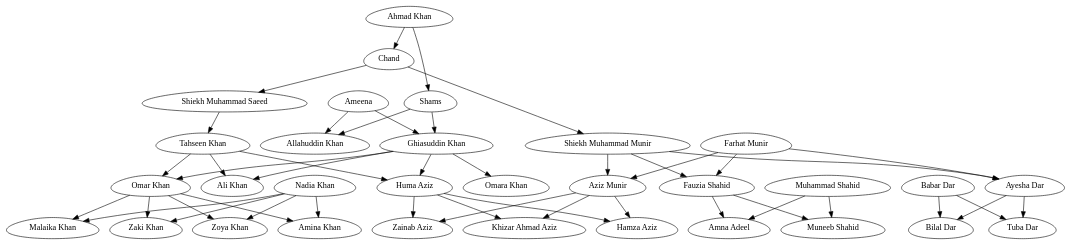
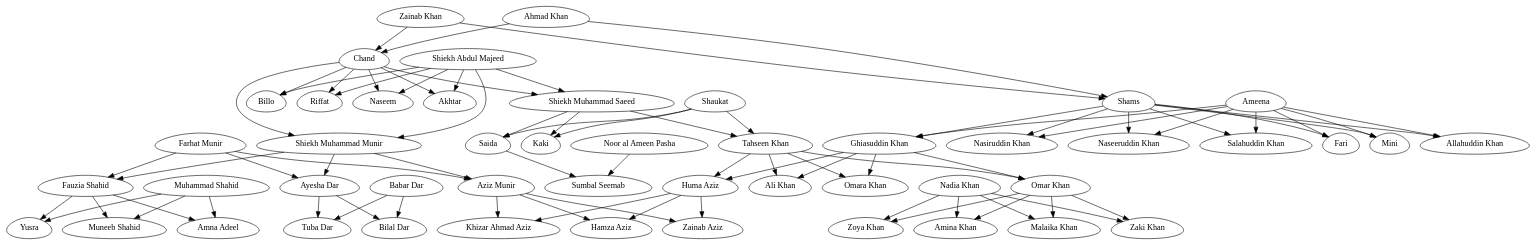
Before and after one commit to ha-0797/familyTree: the diagram in test-output/familyTree.gv, drawn with Graphviz. The commit also changed 8 other files, not shown here.

```diff
--- a/test-output/familyTree.gv
+++ b/test-output/familyTree.gv
@@ -1,109 +1,175 @@
 digraph "Family-Tree" {
 	node [shape=plaintext]
+	node [shape=egg]
+	Shaukat
+	Shaukat -> "Tahseen Khan"
+	Shaukat -> Kaki
+	Shaukat -> Saida
+	node [shape=egg]
+	"Shiekh Abdul Majeed"
+	"Shiekh Abdul Majeed" -> "Shiekh Muhammad Saeed"
+	"Shiekh Abdul Majeed" -> "Shiekh Muhammad Munir"
+	"Shiekh Abdul Majeed" -> Naseem
+	"Shiekh Abdul Majeed" -> Billo
+	"Shiekh Abdul Majeed" -> Akhtar
+	"Shiekh Abdul Majeed" -> Riffat
+	node [shape=egg]
+	"Zainab Khan"
+	"Zainab Khan" -> Shams
+	"Zainab Khan" -> Chand
 	node [shape=egg]
 	"Hamza Aziz"
 	node [shape=egg]
 	"Aziz Munir"
 	"Aziz Munir" -> "Hamza Aziz"
 	"Aziz Munir" -> "Zainab Aziz"
 	"Aziz Munir" -> "Khizar Ahmad Aziz"
 	node [shape=egg]
 	"Huma Aziz"
 	"Huma Aziz" -> "Hamza Aziz"
 	"Huma Aziz" -> "Zainab Aziz"
 	"Huma Aziz" -> "Khizar Ahmad Aziz"
 	node [shape=egg]
 	"Zainab Aziz"
 	node [shape=egg]
 	"Khizar Ahmad Aziz"
 	node [shape=egg]
 	"Ghiasuddin Khan"
 	"Ghiasuddin Khan" -> "Huma Aziz"
 	"Ghiasuddin Khan" -> "Omar Khan"
 	"Ghiasuddin Khan" -> "Ali Khan"
 	"Ghiasuddin Khan" -> "Omara Khan"
 	node [shape=egg]
 	"Shiekh Muhammad Munir"
 	"Shiekh Muhammad Munir" -> "Aziz Munir"
 	"Shiekh Muhammad Munir" -> "Fauzia Shahid"
 	"Shiekh Muhammad Munir" -> "Ayesha Dar"
 	node [shape=egg]
 	"Tahseen Khan"
 	"Tahseen Khan" -> "Huma Aziz"
 	"Tahseen Khan" -> "Omar Khan"
 	"Tahseen Khan" -> "Ali Khan"
+	"Tahseen Khan" -> "Omara Khan"
 	node [shape=egg]
 	"Omar Khan"
 	"Omar Khan" -> "Zoya Khan"
 	"Omar Khan" -> "Amina Khan"
 	"Omar Khan" -> "Malaika Khan"
 	"Omar Khan" -> "Zaki Khan"
 	node [shape=egg]
 	"Nadia Khan"
 	"Nadia Khan" -> "Zoya Khan"
 	"Nadia Khan" -> "Amina Khan"
 	"Nadia Khan" -> "Malaika Khan"
 	"Nadia Khan" -> "Zaki Khan"
 	node [shape=egg]
 	"Zoya Khan"
 	node [shape=egg]
 	"Amina Khan"
 	node [shape=egg]
 	"Malaika Khan"
 	node [shape=egg]
 	"Zaki Khan"
 	node [shape=egg]
 	"Ali Khan"
 	node [shape=egg]
 	"Omara Khan"
 	node [shape=egg]
 	"Shiekh Muhammad Saeed"
 	"Shiekh Muhammad Saeed" -> "Tahseen Khan"
+	"Shiekh Muhammad Saeed" -> Kaki
+	"Shiekh Muhammad Saeed" -> Saida
 	node [shape=egg]
 	Chand
 	Chand -> "Shiekh Muhammad Munir"
 	Chand -> "Shiekh Muhammad Saeed"
+	Chand -> Naseem
+	Chand -> Billo
+	Chand -> Akhtar
+	Chand -> Riffat
 	node [shape=egg]
 	Shams
 	Shams -> "Ghiasuddin Khan"
 	Shams -> "Allahuddin Khan"
+	Shams -> "Nasiruddin Khan"
+	Shams -> "Naseeruddin Khan"
+	Shams -> "Salahuddin Khan"
+	Shams -> Fari
+	Shams -> Mini
 	node [shape=egg]
 	"Ahmad Khan"
 	"Ahmad Khan" -> Shams
 	"Ahmad Khan" -> Chand
 	node [shape=egg]
 	"Farhat Munir"
 	"Farhat Munir" -> "Aziz Munir"
 	"Farhat Munir" -> "Fauzia Shahid"
 	"Farhat Munir" -> "Ayesha Dar"
 	node [shape=egg]
 	"Fauzia Shahid"
 	"Fauzia Shahid" -> "Muneeb Shahid"
 	"Fauzia Shahid" -> "Amna Adeel"
+	"Fauzia Shahid" -> Yusra
 	node [shape=egg]
 	"Ayesha Dar"
 	"Ayesha Dar" -> "Bilal Dar"
 	"Ayesha Dar" -> "Tuba Dar"
 	node [shape=egg]
 	"Babar Dar"
 	"Babar Dar" -> "Bilal Dar"
 	"Babar Dar" -> "Tuba Dar"
 	node [shape=egg]
 	"Bilal Dar"
 	node [shape=egg]
 	"Muhammad Shahid"
 	"Muhammad Shahid" -> "Muneeb Shahid"
 	"Muhammad Shahid" -> "Amna Adeel"
+	"Muhammad Shahid" -> Yusra
 	node [shape=egg]
 	"Muneeb Shahid"
 	node [shape=egg]
 	Ameena
 	Ameena -> "Ghiasuddin Khan"
 	Ameena -> "Allahuddin Khan"
+	Ameena -> "Nasiruddin Khan"
+	Ameena -> "Naseeruddin Khan"
+	Ameena -> "Salahuddin Khan"
+	Ameena -> Fari
+	Ameena -> Mini
 	node [shape=egg]
 	"Tuba Dar"
 	node [shape=egg]
 	"Amna Adeel"
 	node [shape=egg]
 	"Allahuddin Khan"
+	node [shape=egg]
+	"Nasiruddin Khan"
+	node [shape=egg]
+	"Naseeruddin Khan"
+	node [shape=egg]
+	"Salahuddin Khan"
+	node [shape=egg]
+	Fari
+	node [shape=egg]
+	Mini
+	node [shape=egg]
+	Naseem
+	node [shape=egg]
+	Billo
+	node [shape=egg]
+	Akhtar
+	node [shape=egg]
+	Riffat
+	node [shape=egg]
+	Kaki
+	node [shape=egg]
+	Saida
+	Saida -> "Sumbal Seemab"
+	node [shape=egg]
+	"Noor al Ameen Pasha"
+	"Noor al Ameen Pasha" -> "Sumbal Seemab"
+	node [shape=egg]
+	"Sumbal Seemab"
+	node [shape=egg]
+	Yusra
 }
```
